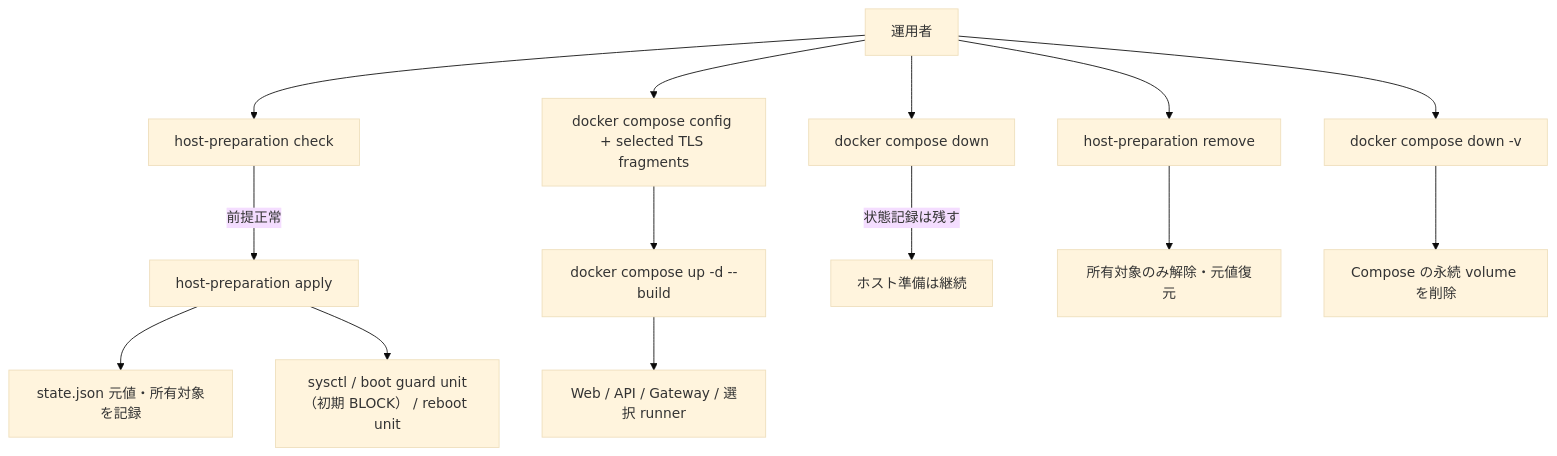
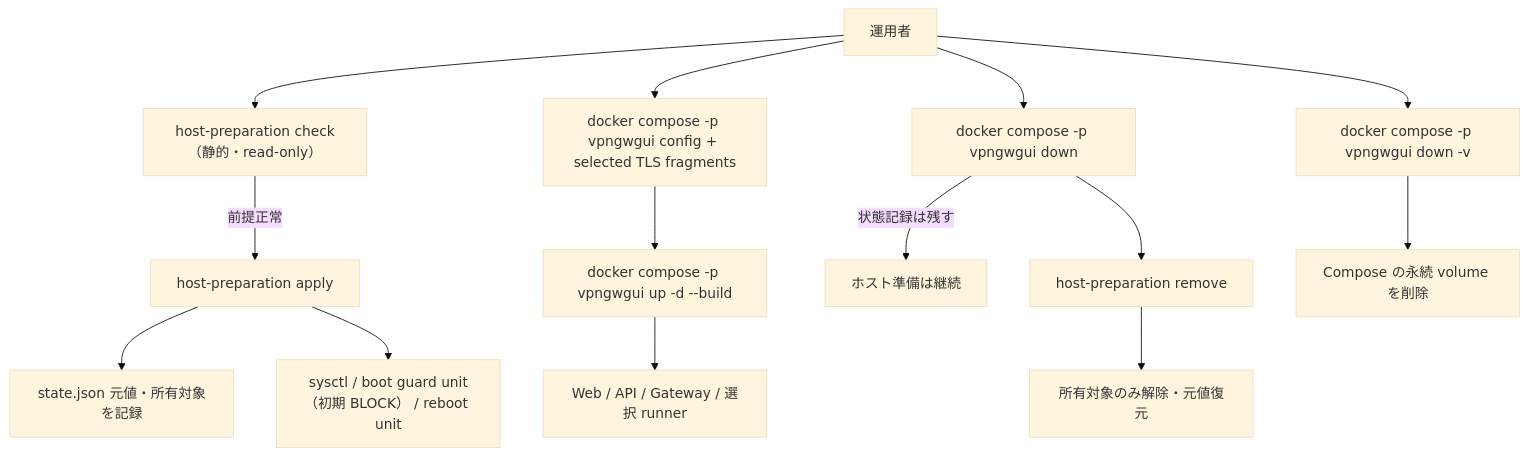
Before and after one commit to nekono-dev/vpngateway-gui: the third of 3 diagrams in .kiro/specs/single-node-deployment/design.md, drawn with Mermaid (base theme). The commit also changed other lines of this file and 3 other files, not shown here.

````diff
--- a/.kiro/specs/single-node-deployment/design.md
+++ b/.kiro/specs/single-node-deployment/design.md
@@ -248,16 +248,16 @@
 ```mermaid
 flowchart TD
-  OP[運用者] --> C[host-preparation check]
+  OP[運用者] --> C[host-preparation check（静的・read-only）]
   C -->|前提正常| A[host-preparation apply]
   A --> S[state.json 元値・所有対象を記録]
   A --> SYS[sysctl / boot guard unit（初期 BLOCK） / reboot unit]
-  OP --> DC[docker compose config + selected TLS fragments]
-  DC --> UP[docker compose up -d --build]
+  OP --> DC[docker compose -p vpngwgui config + selected TLS fragments]
+  DC --> UP[docker compose -p vpngwgui up -d --build]
   UP --> APP[Web / API / Gateway / 選択 runner]
-  OP --> DOWN[docker compose down]
+  OP --> DOWN[docker compose -p vpngwgui down]
   DOWN -->|状態記録は残す| HP[ホスト準備は継続]
-  OP --> REMOVE[host-preparation remove]
+  DOWN --> REMOVE[host-preparation remove]
   REMOVE --> RESTORE[所有対象のみ解除・元値復元]
-  OP --> PURGE[docker compose down -v]
+  OP --> PURGE[docker compose -p vpngwgui down -v]
   PURGE --> DATA[Compose の永続 volume を削除]
 ```
````
